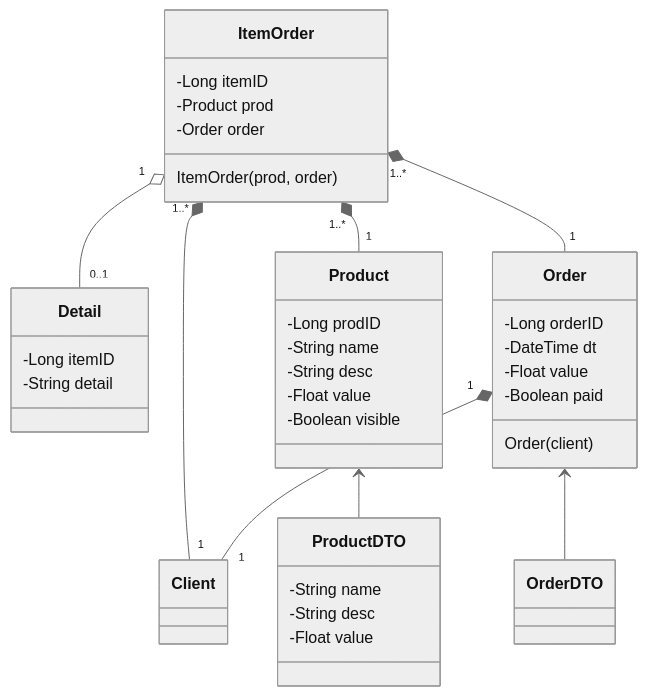
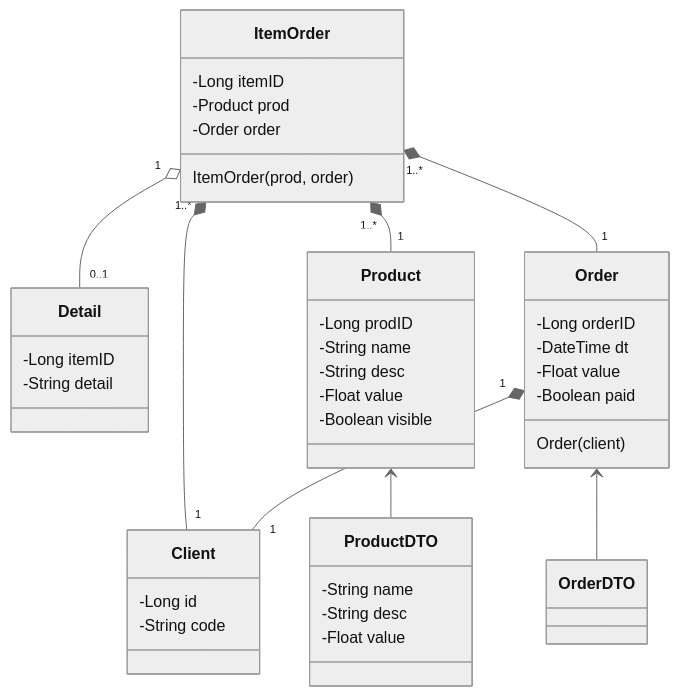
The fourth of 4 diagrams in README.md (LocoUnPocoNadaMas/barcito), drawn with Mermaid (neutral theme) before and after one commit. The commit also changed other lines of this file and 5 other files, not shown here.

````diff
--- a/README.md
+++ b/README.md
@@ -54,41 +55,45 @@
 ```mermaid
 classDiagram
 ItemOrder "1" o-- "0..1" Detail
 ItemOrder "1..*" *-- "1" Client
 ItemOrder "1..*" *-- "1" Product
 ItemOrder "1..*" *-- "1" Order 
 Order "1" *-- "1" Client
 
 Product <-- ProductDTO
 Order <-- OrderDTO
 
 class ItemOrder{
 -Long itemID
 -Product prod
 -Order order
 ItemOrder(prod, order)
 }
 class Order{
 -Long orderID
 -DateTime dt
 -Float value
 -Boolean paid
 Order(client)
 }
 class Product {
 -Long prodID
 -String name
 -String desc
 -Float value
 -Boolean visible
 }
 class Detail {
 -Long itemID
 -String detail
 }
 class ProductDTO {
 -String name
 -String desc
 -Float value
 }
+class Client {
+-Long id
+-String code
+}
 ```
````
